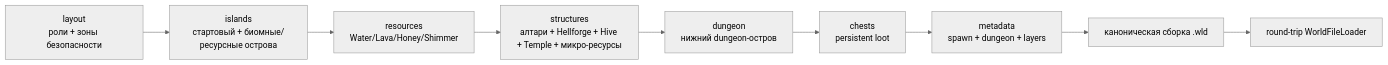
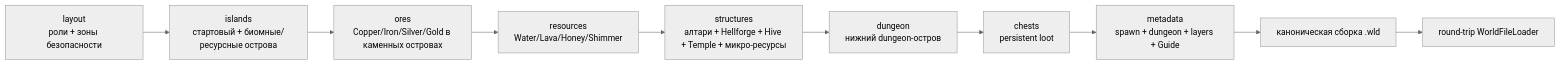
The diagram in docs/ru/skyblock-world-generation.md (VegaKernel/TerraRuntime), drawn with Mermaid (neutral theme) before and after one commit. The commit also changed other lines of this file and 8 other files, not shown here.

````diff
--- a/docs/ru/skyblock-world-generation.md
+++ b/docs/ru/skyblock-world-generation.md
@@ -11,11 +11,12 @@
 ```mermaid
 flowchart LR
     Layout["layout\nроли + зоны безопасности"] --> Islands["islands\nстартовый + биомные/ресурсные острова"]
-    Islands --> Resources["resources\nWater/Lava/Honey/Shimmer"]
+    Islands --> Ores["ores\nCopper/Iron/Silver/Gold в каменных островах"]
+    Ores --> Resources["resources\nWater/Lava/Honey/Shimmer"]
     Resources --> Structures["structures\nалтари + Hellforge + Hive + Temple + микро-ресурсы"]
     Structures --> Dungeon["dungeon\nнижний dungeon-остров"]
     Dungeon --> Chests["chests\npersistent loot"]
-    Chests --> Metadata["metadata\nspawn + dungeon + layers"]
+    Chests --> Metadata["metadata\nspawn + dungeon + layers + Guide"]
     Metadata --> Compose["каноническая сборка .wld"]
     Compose --> Validate["round-trip WorldFileLoader"]
 ```
````
